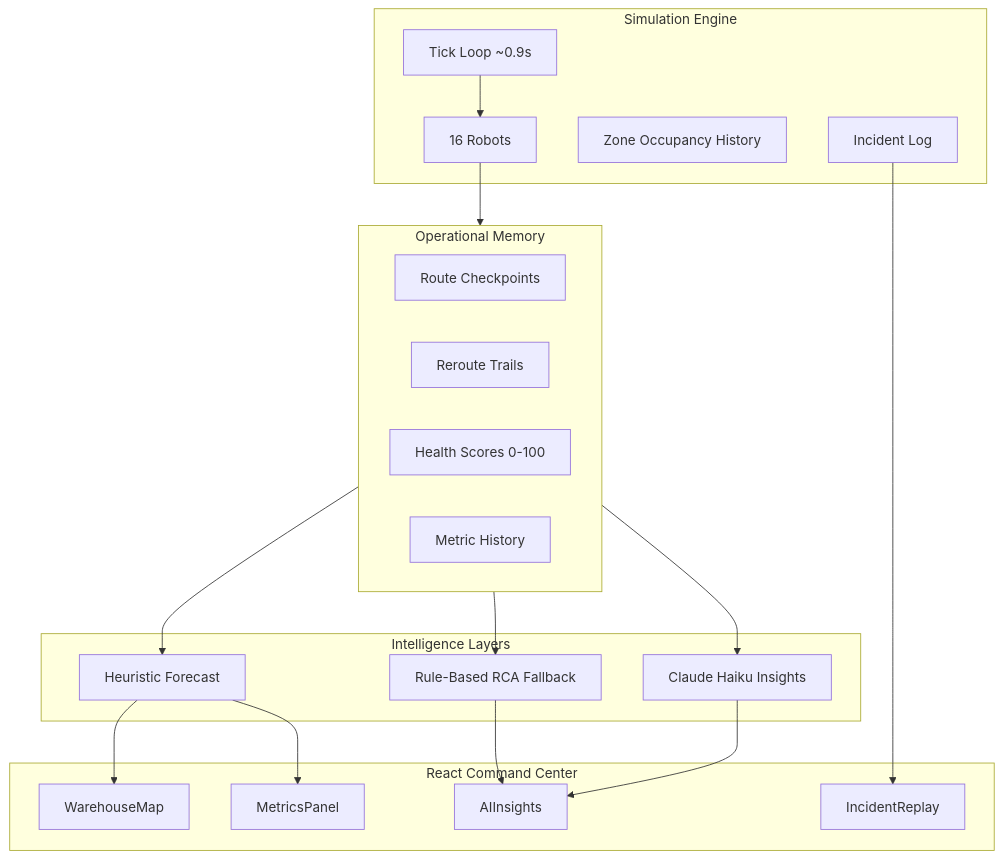
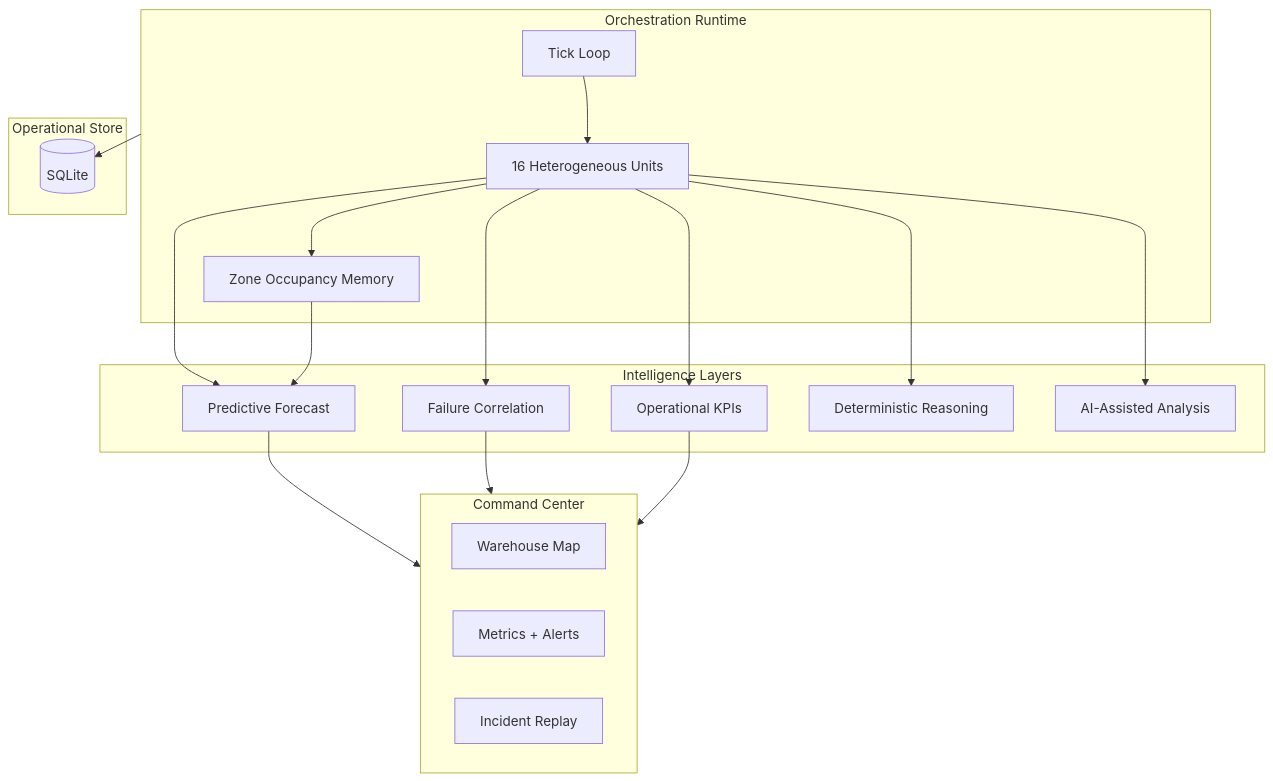
The diagram in README.md (Hemanth0508/Botsync), drawn with Mermaid before and after one commit. The commit also changed other lines of this file and 8 other files, not shown here.

````diff
--- a/README.md
+++ b/README.md
@@ -163,39 +75,38 @@
 ```mermaid
 flowchart TB
-    subgraph sim [Simulation Engine]
-        Tick[Tick Loop ~0.9s]
-        Robots[16 Robots]
-        Zones[Zone Occupancy History]
-        Incidents[Incident Log]
-    end
-
-    subgraph memory [Operational Memory]
-        Route[Route Checkpoints]
-        Trails[Reroute Trails]
-        Health[Health Scores 0-100]
-        Metrics[Metric History]
+    subgraph runtime [Orchestration Runtime]
+        Tick[Tick Loop]
+        Fleet[16 Heterogeneous Units]
+        Zones[Zone Occupancy Memory]
     end
 
     subgraph intel [Intelligence Layers]
-        Forecast[Heuristic Forecast]
-        Rules[Rule-Based RCA Fallback]
-        LLM[Claude Haiku Insights]
+        Forecast[Predictive Forecast]
+        Correlation[Failure Correlation]
+        KPIs[Operational KPIs]
+        Deterministic[Deterministic Reasoning]
+        LLM[AI-Assisted Analysis]
     end
 
-    subgraph ui [React Command Center]
-        Map[WarehouseMap]
-        Panel[MetricsPanel]
-        AI[AIInsights]
-        Replay[IncidentReplay]
+    subgraph store [Operational Store]
+        SQLite[(SQLite)]
     end
 
-    Tick --> Robots --> memory
-    memory --> Forecast
-    memory --> Rules
-    memory --> LLM
-    Forecast --> Panel
-    Forecast --> Map
-    Rules --> AI
-    LLM --> AI
-    Incidents --> Replay
+    subgraph ui [Command Center]
+        Map[Warehouse Map]
+        Metrics[Metrics + Alerts]
+        Replay[Incident Replay]
+    end
+
+    Tick --> Fleet --> Zones
+    Fleet --> Forecast
+    Fleet --> Correlation
+    Fleet --> KPIs
+    Zones --> Forecast
+    Fleet --> Deterministic
+    Fleet --> LLM
+    runtime --> SQLite
+    Forecast --> ui
+    Correlation --> ui
+    KPIs --> ui
 ```
````
